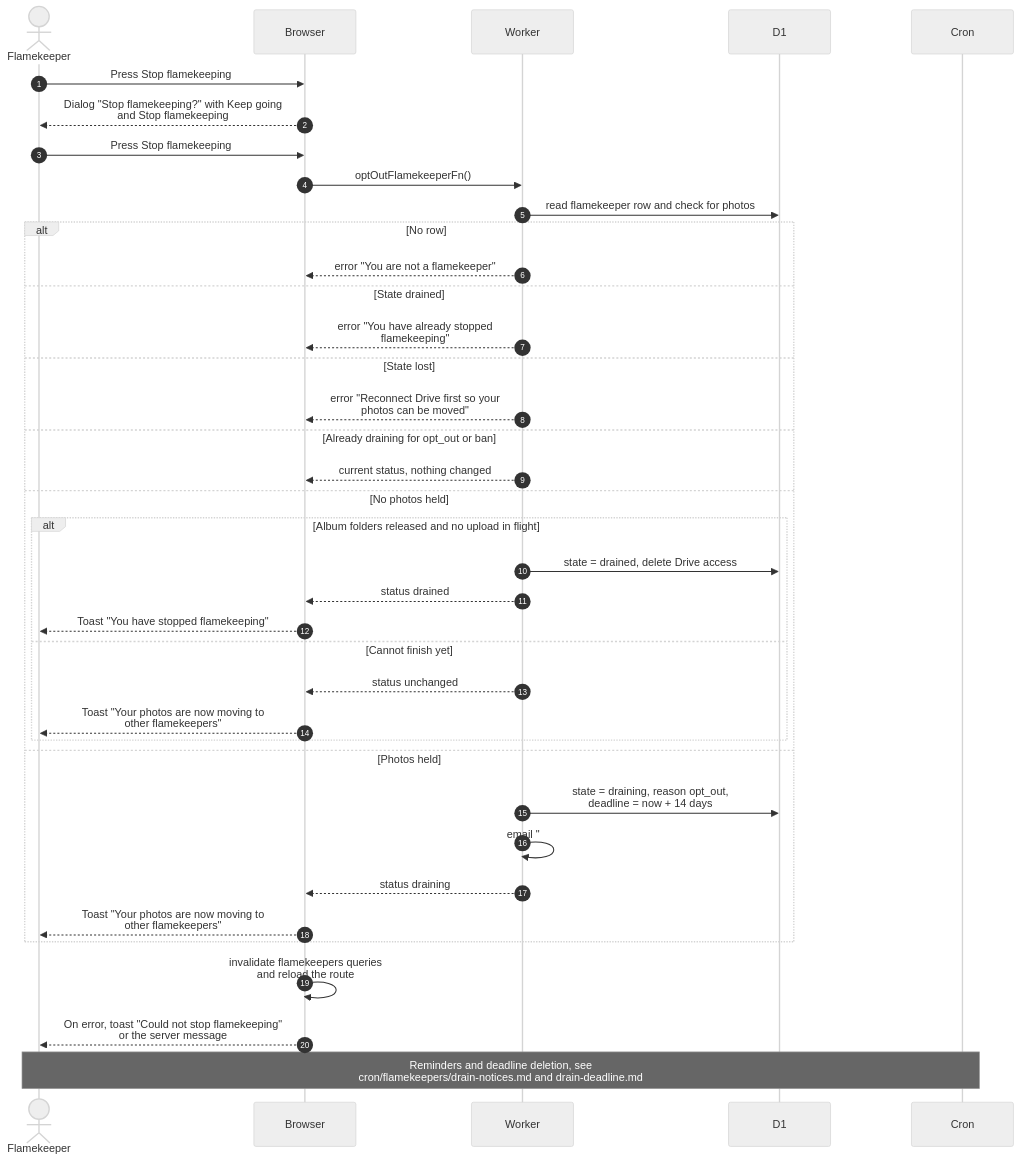
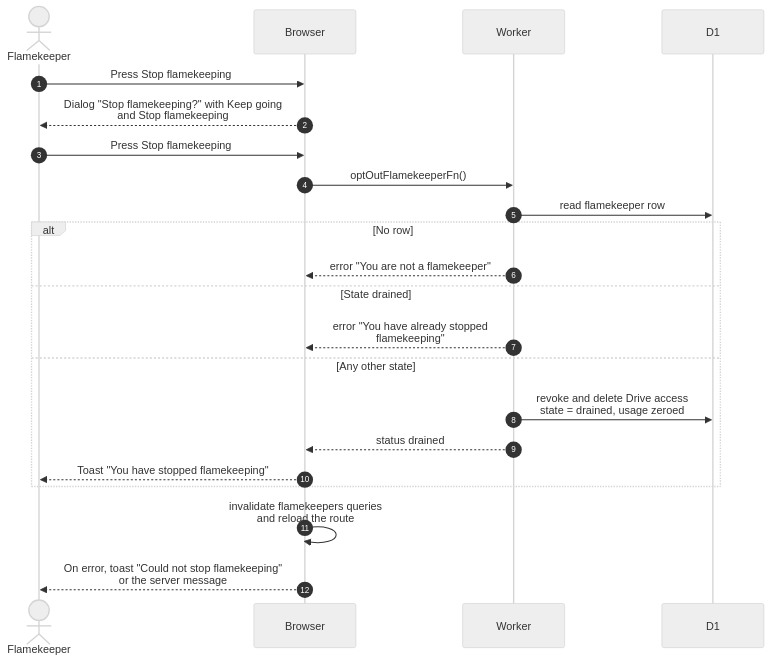
The diagram in docs/scenarios/flamekeepers/opt-out.md (sagyzdop/meriksirat), drawn with Mermaid (neutral theme) before and after one commit. The commit also changed other lines of this file and 74 other files, not shown here.

First line of the commit message:
feat(flamekeepers): retire placement, drain and relay code

````diff
--- a/docs/scenarios/flamekeepers/opt-out.md
+++ b/docs/scenarios/flamekeepers/opt-out.md
@@ -29,40 +14,24 @@
 ```mermaid
 sequenceDiagram
     autonumber
     actor F as Flamekeeper
     participant Browser
     participant Worker
     participant D1
-    participant Cron
     F->>Browser: Press Stop flamekeeping
     Browser-->>F: Dialog "Stop flamekeeping?" with Keep going<br/>and Stop flamekeeping
     F->>Browser: Press Stop flamekeeping
     Browser->>Worker: optOutFlamekeeperFn()
-    Worker->>D1: read flamekeeper row and check for photos
+    Worker->>D1: read flamekeeper row
     alt No row
         Worker-->>Browser: error "You are not a flamekeeper"
     else State drained
         Worker-->>Browser: error "You have already stopped<br/>flamekeeping"
-    else State lost
-        Worker-->>Browser: error "Reconnect Drive first so your<br/>photos can be moved"
-    else Already draining for opt_out or ban
-        Worker-->>Browser: current status, nothing changed
-    else No photos held
-        alt Album folders released and no upload in flight
-            Worker->>D1: state = drained, delete Drive access
-            Worker-->>Browser: status drained
-            Browser-->>F: Toast "You have stopped flamekeeping"
-        else Cannot finish yet
-            Worker-->>Browser: status unchanged
-            Browser-->>F: Toast "Your photos are now moving to<br/>other flamekeepers"
-        end
-    else Photos held
-        Worker->>D1: state = draining, reason opt_out,<br/>deadline = now + 14 days
-        Worker->>Worker: email "#savenuimg: we are moving<br/>your photos"
-        Worker-->>Browser: status draining
-        Browser-->>F: Toast "Your photos are now moving to<br/>other flamekeepers"
+    else Any other state
+        Worker->>D1: revoke and delete Drive access<br/>state = drained, usage zeroed
+        Worker-->>Browser: status drained
+        Browser-->>F: Toast "You have stopped flamekeeping"
     end
     Browser->>Browser: invalidate flamekeepers queries<br/>and reload the route
     Browser-->>F: On error, toast "Could not stop flamekeeping"<br/>or the server message
-    Note over F,Cron: Reminders and deadline deletion, see<br/>cron/flamekeepers/drain-notices.md and drain-deadline.md
 ```
````
